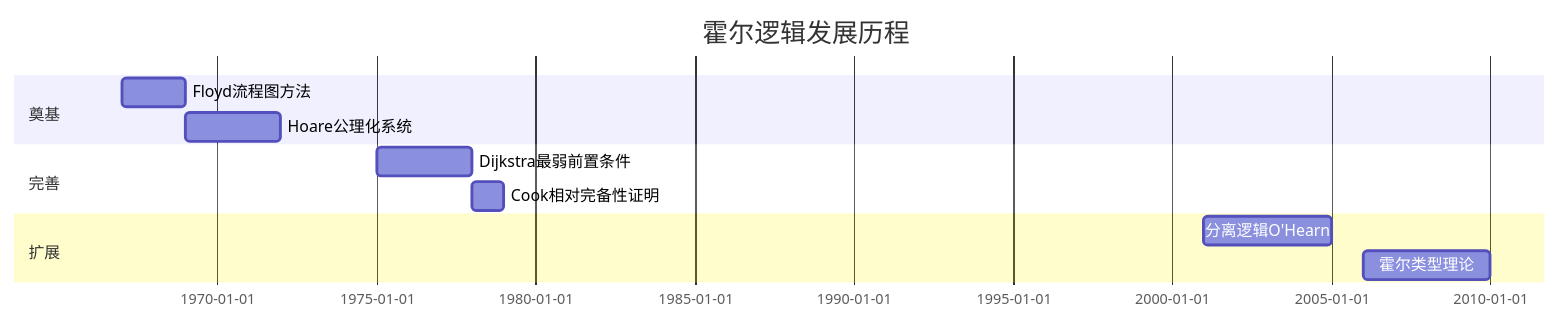
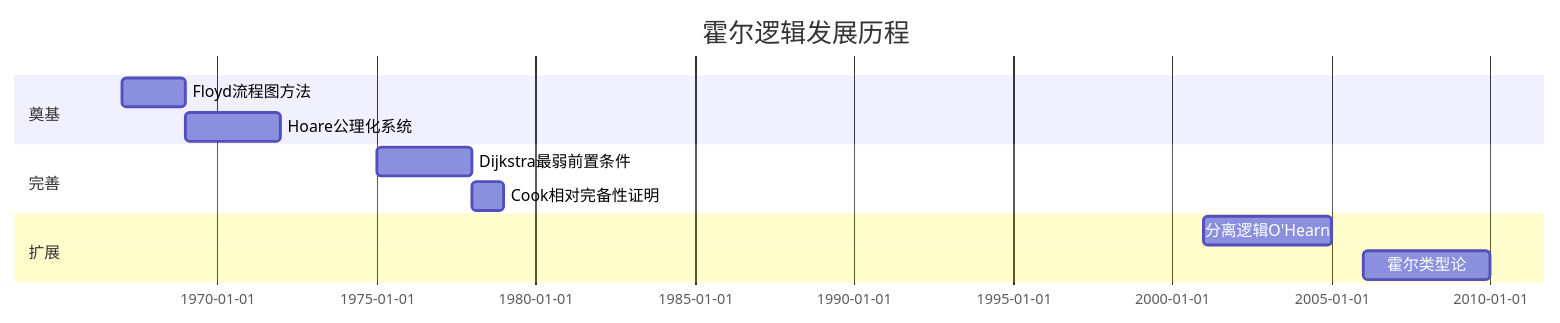
The seventh of 8 diagrams in formal-methods/98-appendices/wikipedia-concepts/06-hoare-logic.md (AdaMartin18010/AnalysisDataFlow), drawn with Mermaid before and after one commit. The commit also changed other lines of this file and 129 other files, not shown here.

````diff
--- a/formal-methods/98-appendices/wikipedia-concepts/06-hoare-logic.md
+++ b/formal-methods/98-appendices/wikipedia-concepts/06-hoare-logic.md
@@ -496,14 +496,14 @@
 ```mermaid
 gantt
     title 霍尔逻辑发展历程
     dateFormat YYYY
     section 奠基
     Floyd流程图方法       :1967, 1969
     Hoare公理化系统       :1969, 1972
     section 完善
     Dijkstra最弱前置条件    :1975, 1978
     Cook相对完备性证明      :1978, 1979
     section 扩展
     分离逻辑O'Hearn        :2001, 2005
-    霍尔类型理论            :2006, 2010
+    霍尔类型论            :2006, 2010
 ```
````
